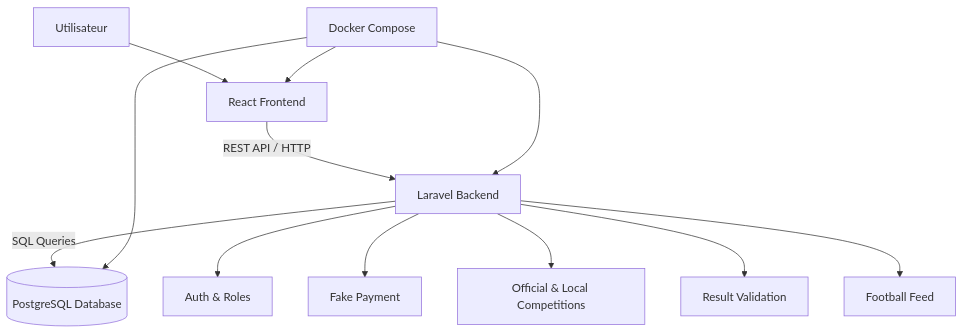
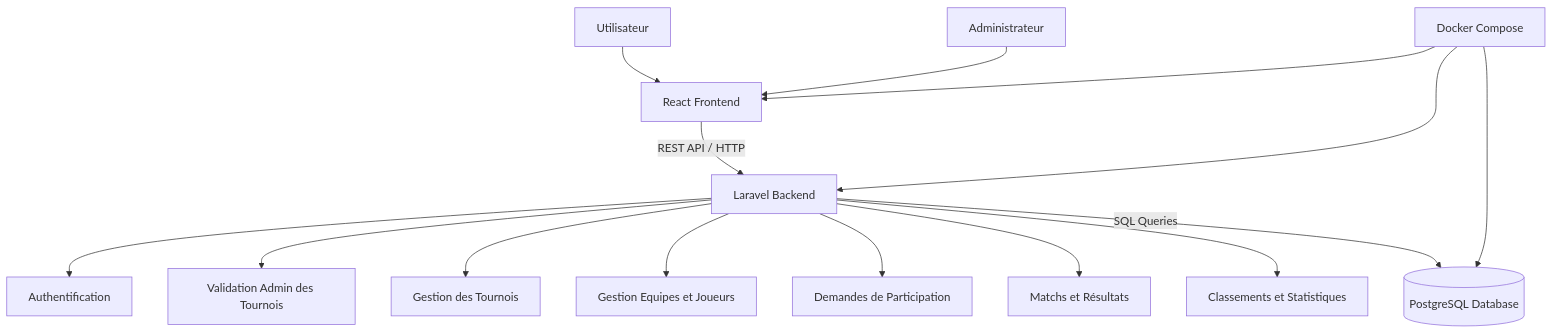
One commit to abdelghani-dari/gestion-tournois changed the diagram in docs/architecture.md. Above: the diagram before and after it, drawn with Mermaid. The commit also changed other lines of this file and 79 other files, not shown here.

````diff
--- a/docs/architecture.md
+++ b/docs/architecture.md
@@ -42,18 +34,21 @@
 ```mermaid
 flowchart TD
     User[Utilisateur] --> Frontend[React Frontend]
+    Admin[Administrateur] --> Frontend
 
     Frontend -->|REST API / HTTP| Backend[Laravel Backend]
+
+    Backend --> Auth[Authentification]
+    Backend --> Approval[Validation Admin des Tournois]
+    Backend --> Tournaments[Gestion des Tournois]
+    Backend --> Teams[Gestion Equipes et Joueurs]
+    Backend --> Requests[Demandes de Participation]
+    Backend --> Matches[Matchs et Résultats]
+    Backend --> Rankings[Classements et Statistiques]
 
     Backend -->|SQL Queries| Database[(PostgreSQL Database)]
 
     Docker[Docker Compose] --> Frontend
     Docker --> Backend
     Docker --> Database
-
-    Backend --> Auth[Auth & Roles]
-    Backend --> Payments[Fake Payment]
-    Backend --> Competitions[Official & Local Competitions]
-    Backend --> Results[Result Validation]
-    Backend --> Feed[Football Feed]
 ```
````
